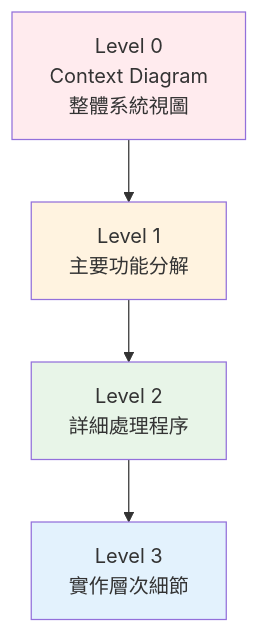
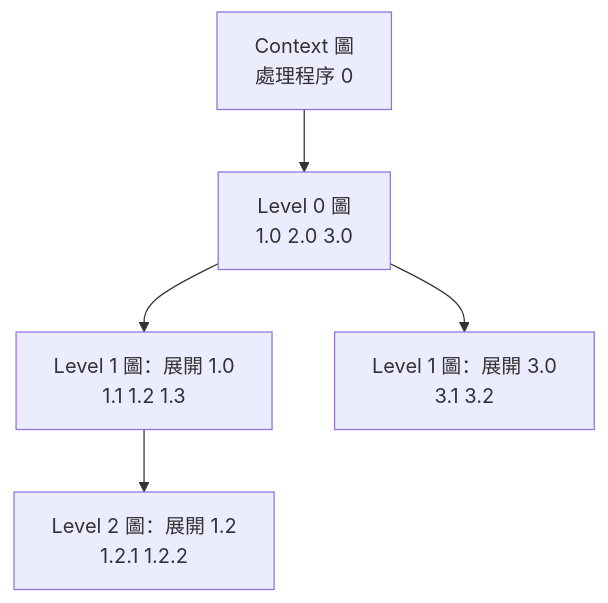
Diagram 14 of 35 in content/posts/教學/分析與設計/資料流程圖(DFD)教學.md (chihhung/Blog), drawn with Mermaid before and after one commit. The commit also changed other lines of this file and 1 other file, not shown here.

````diff
--- a/content/posts/教學/分析與設計/資料流程圖(DFD)教學.md
+++ b/content/posts/教學/分析與設計/資料流程圖(DFD)教學.md
@@ -566,11 +983,7 @@
 ```mermaid
-graph TD
-    A[Level 0<br/>Context Diagram<br/>整體系統視圖] --> B[Level 1<br/>主要功能分解]
-    B --> C[Level 2<br/>詳細處理程序]
-    C --> D[Level 3<br/>實作層次細節]
-    
-    style A fill:#ffebee
-    style B fill:#fff3e0
-    style C fill:#e8f5e8
-    style D fill:#e3f2fd
+flowchart TB
+    C["Context 圖<br/>處理程序 0"] --> L0["Level 0 圖<br/>1.0 2.0 3.0"]
+    L0 --> L1a["Level 1 圖：展開 1.0<br/>1.1 1.2 1.3"]
+    L0 --> L1c["Level 1 圖：展開 3.0<br/>3.1 3.2"]
+    L1a --> L2["Level 2 圖：展開 1.2<br/>1.2.1 1.2.2"]
 ```
````
